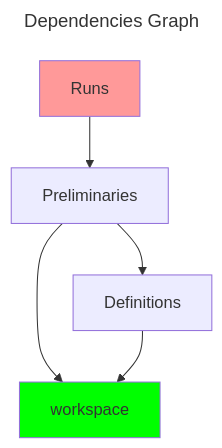
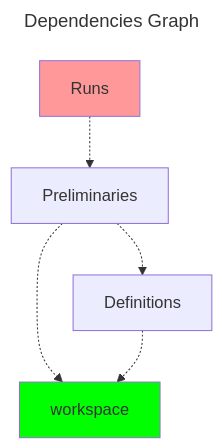
The diagram in README.md (gzholtkevych/Runs), drawn with Mermaid before and after one commit.

````diff
--- a/README.md
+++ b/README.md
@@ -6,13 +6,13 @@
 ```mermaid
 ---
 title: Dependencies Graph
 ---
 
 graph TD
-  Runs:::root --> Preliminaries
+  Runs:::root -.-> Preliminaries
   classDef root fill:#f99
-  Preliminaries --> Definitions
-  Preliminaries --> workspace:::work
+  Preliminaries -.-> Definitions
+  Preliminaries -.-> workspace:::work
   classDef work fill:#0f0
-  Definitions --> workspace
+  Definitions -.-> workspace
 ```
````
